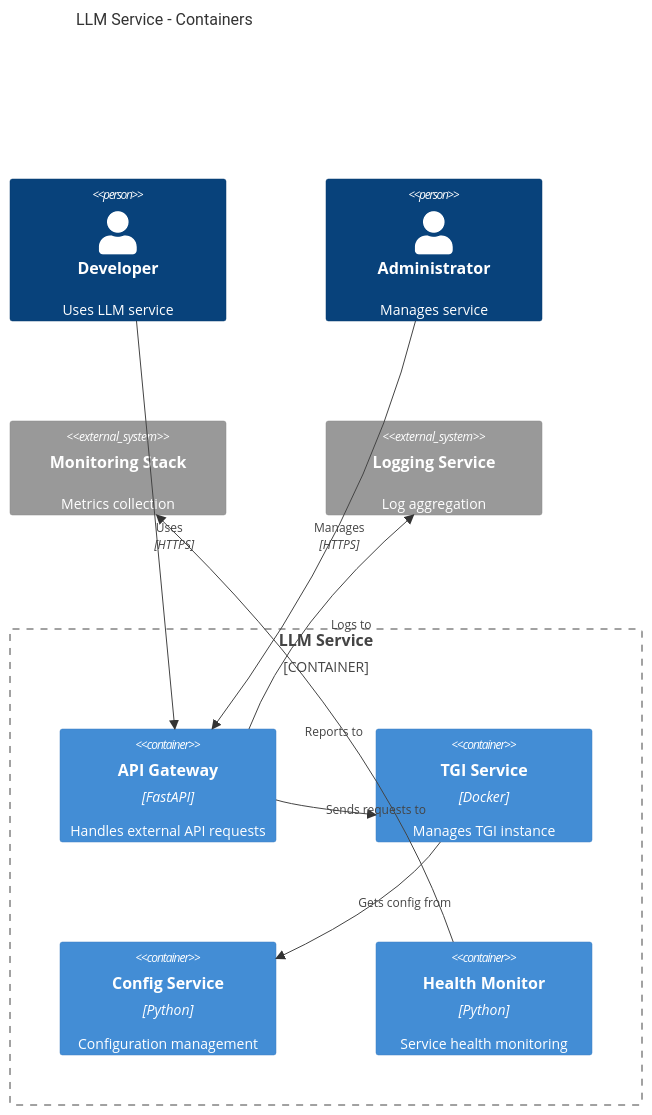
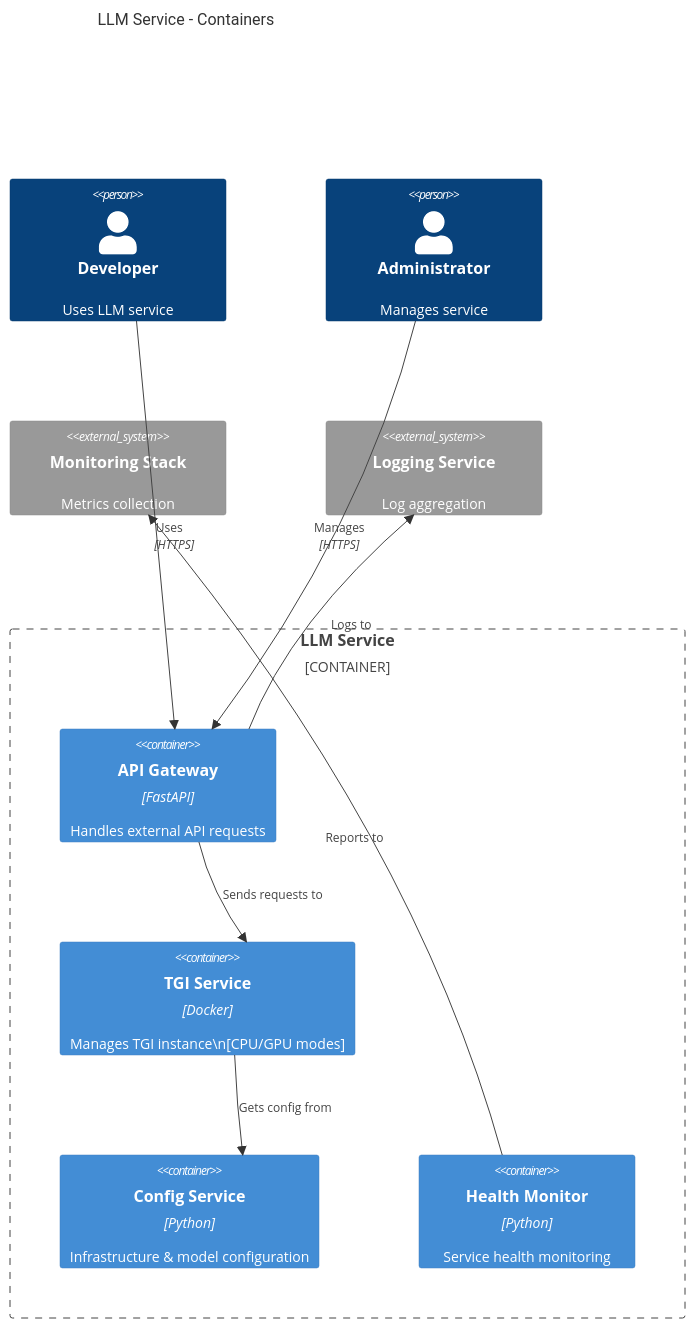
One commit to zhifengzhang-sz/qi-v2-dp changed the second of 4 diagrams in services/ai/llm-service/docs/design/design.c4.md. Above: the diagram before and after it, drawn with Mermaid. The commit also changed other lines of this file and 14 other files, not shown here.

````diff
--- a/services/ai/llm-service/docs/design/design.c4.md
+++ b/services/ai/llm-service/docs/design/design.c4.md
@@ -26,25 +32,25 @@
 ```mermaid
 C4Container
     title LLM Service - Containers
 
     Person(developer, "Developer", "Uses LLM service")
     Person(admin, "Administrator", "Manages service")
 
     Container_Boundary(llm_service, "LLM Service") {
         Container(api_gateway, "API Gateway", "FastAPI", "Handles external API requests")
-        Container(tgi_service, "TGI Service", "Docker", "Manages TGI instance")
-        Container(config_service, "Config Service", "Python", "Configuration management")
+        Container(tgi_service, "TGI Service", "Docker", "Manages TGI instance\n[CPU/GPU modes]")
+        Container(config_service, "Config Service", "Python", "Infrastructure & model configuration")
         Container(health_monitor, "Health Monitor", "Python", "Service health monitoring")
     }
 
     System_Ext(monitoring, "Monitoring Stack", "Metrics collection")
     System_Ext(logging, "Logging Service", "Log aggregation")
 
     Rel(developer, api_gateway, "Uses", "HTTPS")
     Rel(admin, api_gateway, "Manages", "HTTPS")
 
     Rel(api_gateway, tgi_service, "Sends requests to")
     Rel(tgi_service, config_service, "Gets config from")
     Rel(health_monitor, monitoring, "Reports to")
     Rel(api_gateway, logging, "Logs to")
 ```
````
